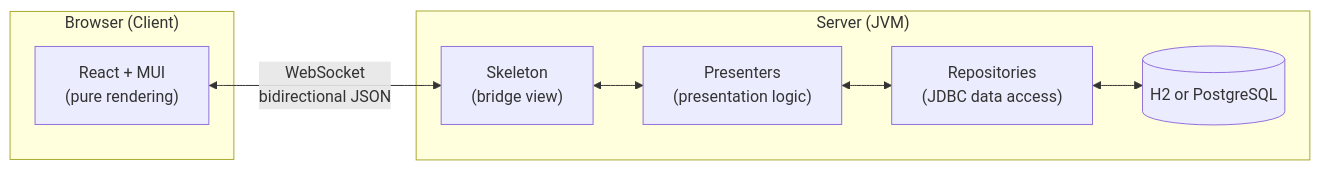
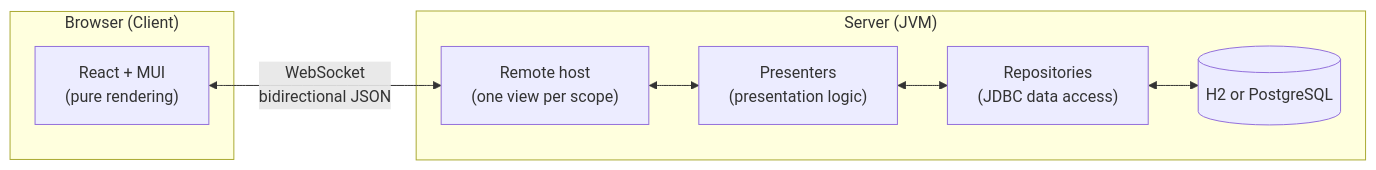
Before and after one commit to mrcdom/wdc-cube-kotlin: the first of 9 diagrams in docs/architecture-react.md, drawn with Mermaid. The commit also changed other lines of this file and 38 other files, not shown here.

````diff
--- a/docs/architecture-react.md
+++ b/docs/architecture-react.md
@@ -25,18 +25,18 @@
 ```mermaid
 graph LR
     subgraph "Browser (Client)"
         REACT["React + MUI<br/>(pure rendering)"]
     end
 
     subgraph "Server (JVM)"
-        SKEL["Skeleton<br/>(bridge view)"]
+        SKEL["Remote host<br/>(one view per scope)"]
         PRES["Presenters<br/>(presentation logic)"]
         REPO["Repositories<br/>(JDBC data access)"]
         DB[(H2 or PostgreSQL)]
     end
 
     REACT <-->|"WebSocket<br/>bidirectional JSON"| SKEL
     SKEL <--> PRES
     PRES <--> REPO
     REPO <--> DB
 ```
````
